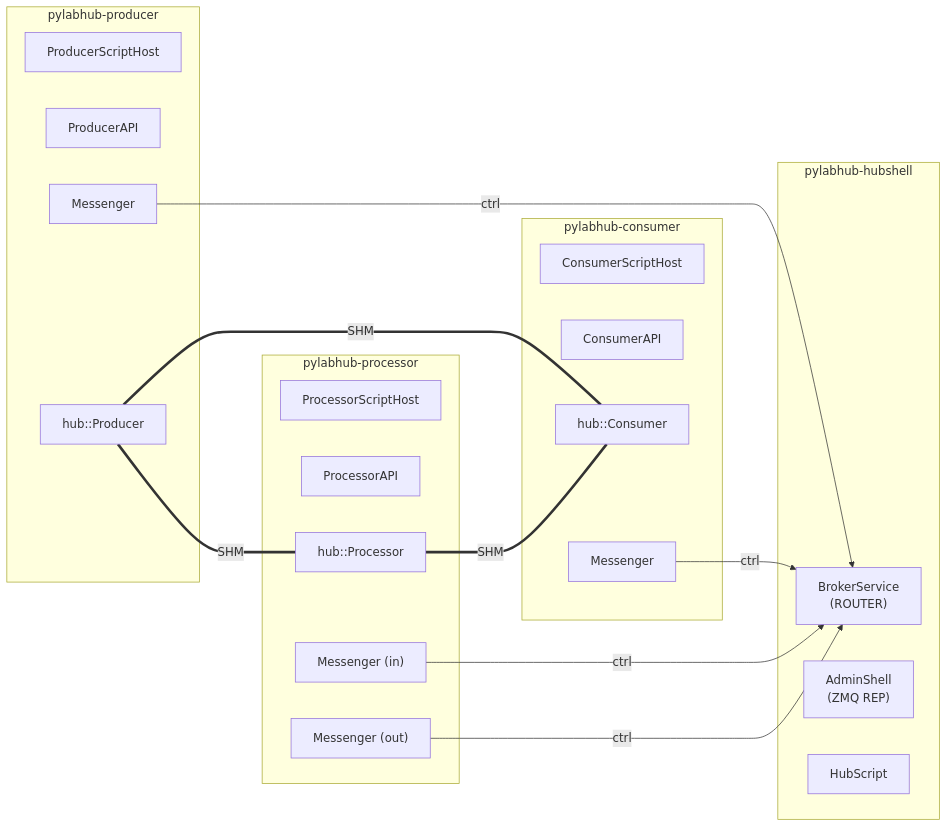
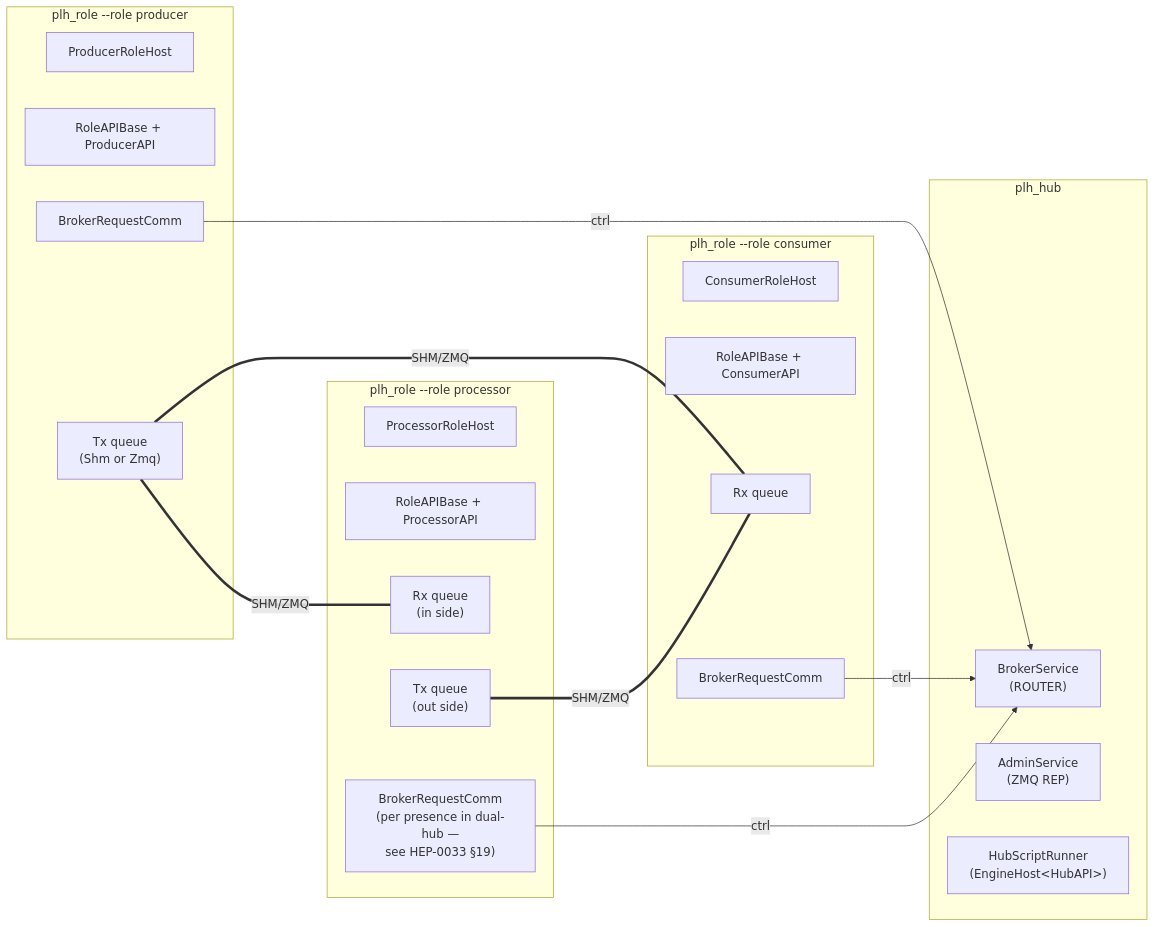
The third of 3 diagrams in docs/HEP/HEP-CORE-0017-Pipeline-Architecture.md (Qing-LAB/pylabhub), drawn with Mermaid before and after one commit. The commit also changed other lines of this file and 8 other files, not shown here.

First line of the commit message:
Wave A — HEP foundation for role-host template + per-presence heartbeats

````diff
--- a/docs/HEP/HEP-CORE-0017-Pipeline-Architecture.md
+++ b/docs/HEP/HEP-CORE-0017-Pipeline-Architecture.md
@@ -440,39 +463,38 @@
 ```mermaid
 graph LR
-    subgraph "pylabhub-hubshell"
+    subgraph PLH_HUB["plh_hub"]
         BROKER["BrokerService<br/>(ROUTER)"]
-        ADMIN["AdminShell<br/>(ZMQ REP)"]
-        HSCRIPT["HubScript"]
+        ADMIN["AdminService<br/>(ZMQ REP)"]
+        HRUNNER["HubScriptRunner<br/>(EngineHost&lt;HubAPI&gt;)"]
     end
 
-    subgraph "pylabhub-producer"
-        P_SH["ProducerScriptHost"]
-        P_API["ProducerAPI"]
-        P_PROD["hub::Producer"]
-        P_MSG["Messenger"]
+    subgraph PROD["plh_role --role producer"]
+        P_RH["ProducerRoleHost"]
+        P_API["RoleAPIBase + ProducerAPI"]
+        P_TXQ["Tx queue<br/>(Shm or Zmq)"]
+        P_BRC["BrokerRequestComm"]
     end
 
-    subgraph "pylabhub-processor"
-        PR_SH["ProcessorScriptHost"]
-        PR_API["ProcessorAPI"]
-        PR_PROC["hub::Processor"]
-        PR_MSG_IN["Messenger (in)"]
-        PR_MSG_OUT["Messenger (out)"]
+    subgraph PROC["plh_role --role processor"]
+        PR_RH["ProcessorRoleHost"]
+        PR_API["RoleAPIBase + ProcessorAPI"]
+        PR_RXQ["Rx queue<br/>(in side)"]
+        PR_TXQ["Tx queue<br/>(out side)"]
+        PR_BRC["BrokerRequestComm<br/>(per presence in dual-hub —<br/>see HEP-0033 §19)"]
     end
 
-    subgraph "pylabhub-consumer"
-        C_SH["ConsumerScriptHost"]
-        C_API["ConsumerAPI"]
-        C_CONS["hub::Consumer"]
-        C_MSG["Messenger"]
+    subgraph CONS["plh_role --role consumer"]
+        C_RH["ConsumerRoleHost"]
+        C_API["RoleAPIBase + ConsumerAPI"]
+        C_RXQ["Rx queue"]
+        C_BRC["BrokerRequestComm"]
     end
 
-    P_MSG -->|ctrl| BROKER
-    C_MSG -->|ctrl| BROKER
-    PR_MSG_IN -->|ctrl| BROKER
-    PR_MSG_OUT -->|ctrl| BROKER
+    P_BRC -->|ctrl| BROKER
+    C_BRC -->|ctrl| BROKER
+    PR_BRC -->|ctrl| BROKER
 
-    P_PROD ===|SHM| C_CONS
-    P_PROD ===|SHM| PR_PROC
-    PR_PROC ===|SHM| C_CONS
+    P_TXQ ===|SHM/ZMQ| C_RXQ
+    P_TXQ ===|SHM/ZMQ| PR_RXQ
+    PR_TXQ ===|SHM/ZMQ| C_RXQ
 ```
````
